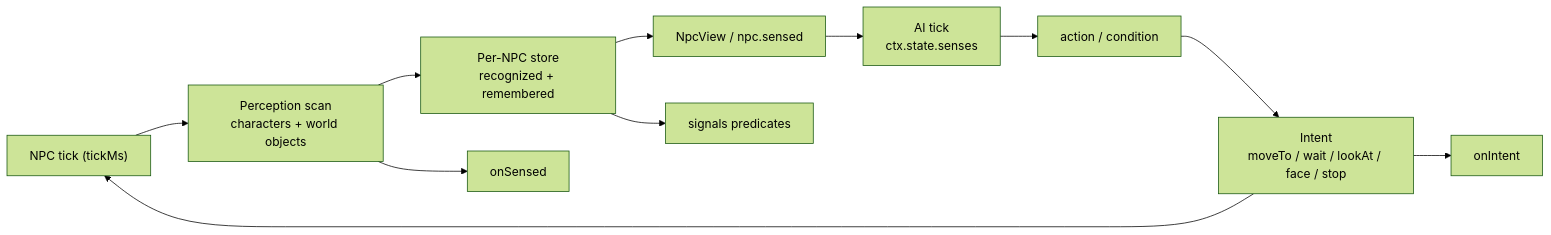
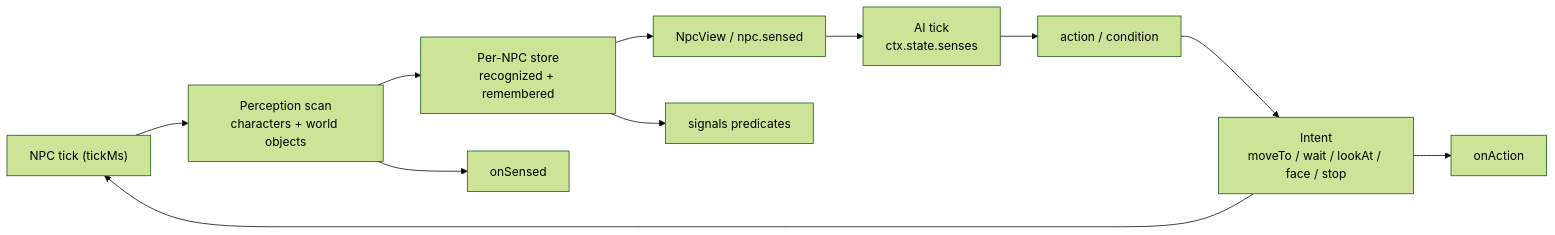
One commit to Therosin/ValheimJS changed the diagram in docs/guides/npc-ai.md. Above: the diagram before and after it, drawn with Mermaid (forest theme). The commit also changed other lines of this file and 24 other files, not shown here.

````diff
--- a/docs/guides/npc-ai.md
+++ b/docs/guides/npc-ai.md
@@ -16,13 +16,13 @@
 ```mermaid
 flowchart LR
     T["NPC tick (tickMs)"] --> P["Perception scan<br/>characters + world objects"]
     P --> S["Per-NPC store<br/>recognized + remembered"]
     S --> V["NpcView / npc.sensed"]
     V --> AI["AI tick<br/>ctx.state.senses"]
     AI --> A["action / condition"]
     A --> I["Intent<br/>moveTo / wait / lookAt / face / stop"]
     I --> T
     S --> SIG["signals predicates"]
-    I --> H["onIntent"]
+    I --> H["onAction"]
     P --> H2["onSensed"]
 ```
````
